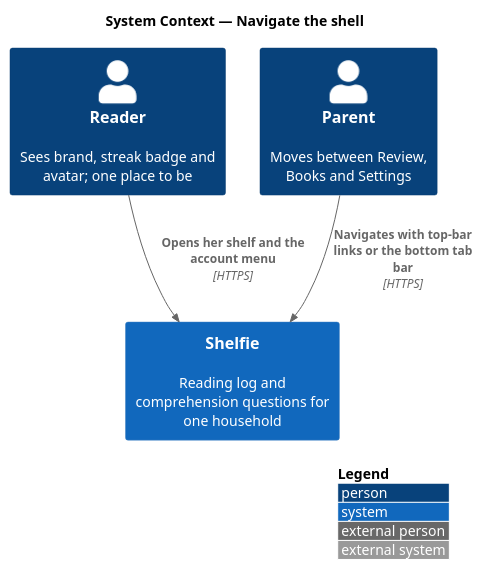
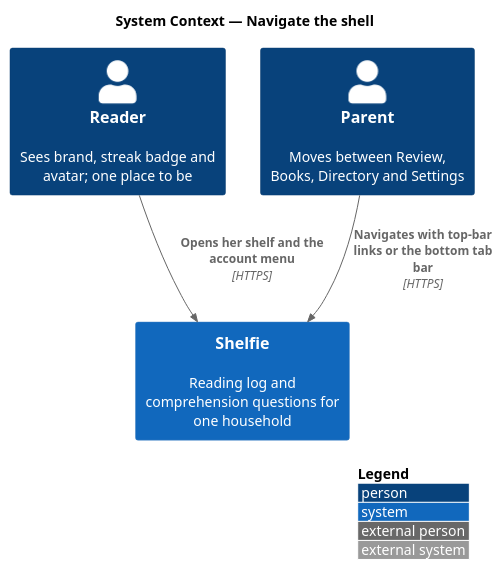
Before and after one commit to QuinntyneBrown/shelfie: the diagram in docs/detailed-designs/shell/navigate-shell/diagrams/c4-context.puml, drawn with PlantUML. The commit also changed 74 other files, not shown here.

First line of the commit message:
Detailed designs and estimates: author and volunteer profiles, the parent's directory, profile approval

```diff
--- a/docs/detailed-designs/shell/navigate-shell/diagrams/c4-context.puml
+++ b/docs/detailed-designs/shell/navigate-shell/diagrams/c4-context.puml
@@ -1,12 +1,12 @@
 @startuml
 !include <C4/C4_Context>
 LAYOUT_WITH_LEGEND()
 title System Context — Navigate the shell
 
 Person(reader, "Reader", "Sees brand, streak badge and avatar; one place to be")
-Person(grownUp, "Parent", "Moves between Review, Books and Settings")
+Person(grownUp, "Parent", "Moves between Review, Books, Directory and Settings")
 System(shelfie, "Shelfie", "Reading log and comprehension questions for one household")
 
 Rel(reader, shelfie, "Opens her shelf and the account menu", "HTTPS")
 Rel(grownUp, shelfie, "Navigates with top-bar links or the bottom tab bar", "HTTPS")
 @enduml
```
